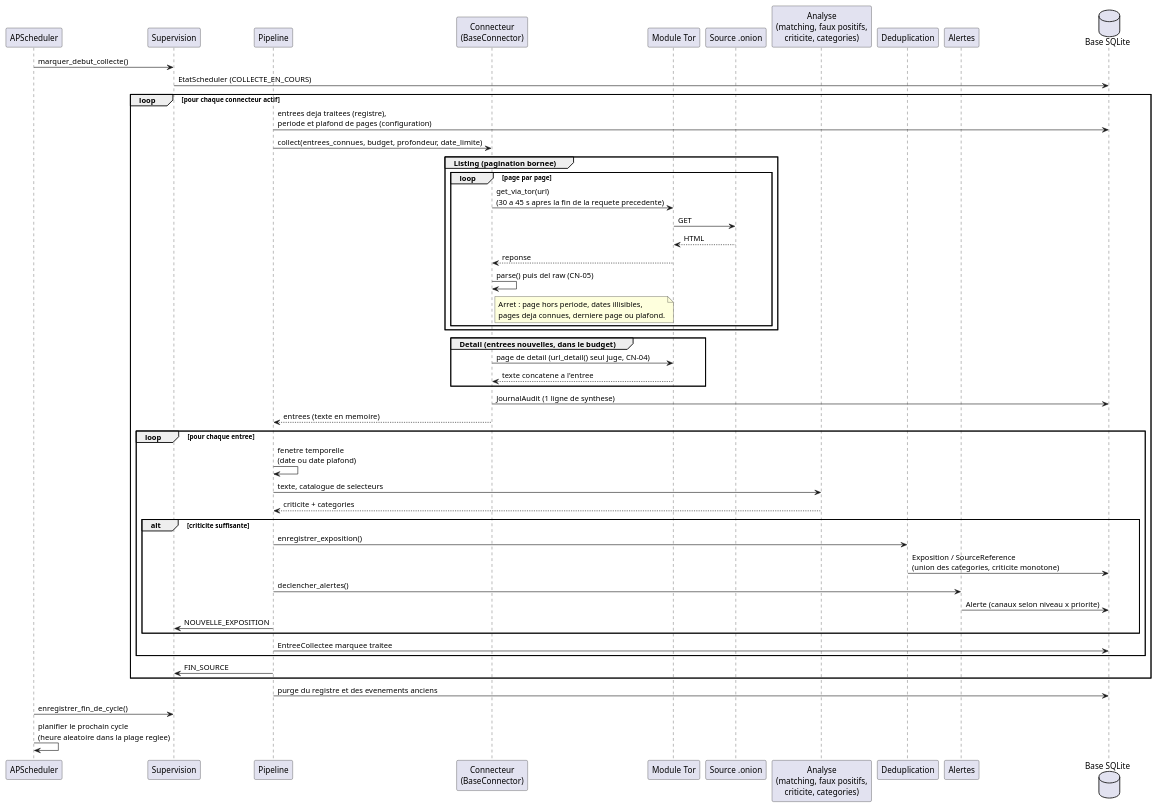
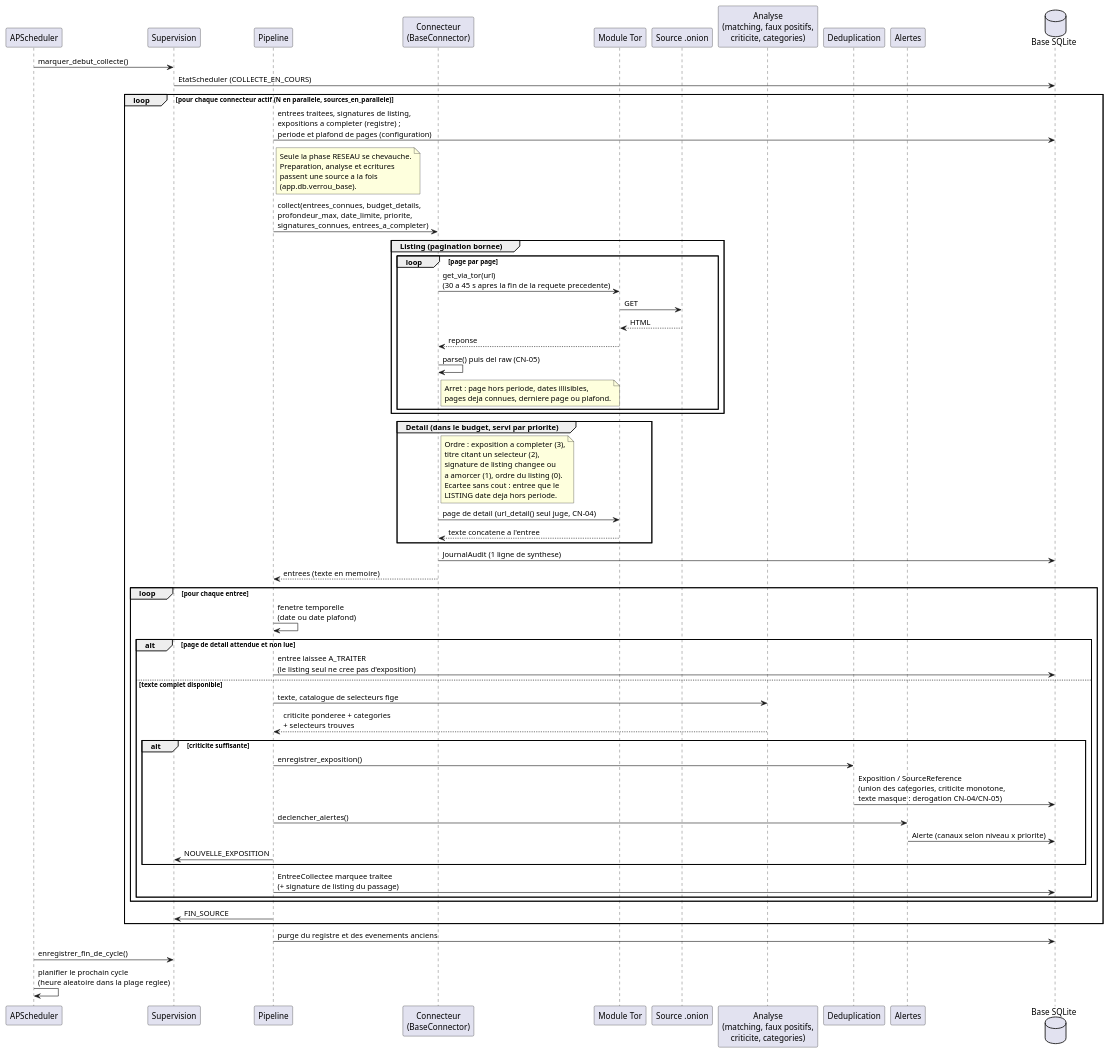
The diagram in docs/uml/sequence_collecte.puml (vnyay1/dark-web-monitoring), drawn with PlantUML before and after one commit. The commit also changed 3 other files, not shown here.

Commit message:
feat(docs): update UML diagrams and README for enhanced clarity on data collection and processing

```diff
--- a/docs/uml/sequence_collecte.puml
+++ b/docs/uml/sequence_collecte.puml
@@ -1,65 +1,83 @@
 @startuml Sequence_Collecte
 
 ' Un cycle de collecte quotidien (app/scheduler.py -> app/pipeline.py).
 
 participant "APScheduler" as Scheduler
 participant "Supervision" as Supervision
 participant "Pipeline" as Pipeline
 participant "Connecteur\n(BaseConnector)" as Connecteur
 participant "Module Tor" as Tor
 participant "Source .onion" as Source
 participant "Analyse\n(matching, faux positifs,\ncriticite, categories)" as Analyse
 participant "Deduplication" as Dedup
 participant "Alertes" as Alertes
 database "Base SQLite" as DB
 
 Scheduler -> Supervision : marquer_debut_collecte()
 Supervision -> DB : EtatScheduler (COLLECTE_EN_COURS)
 
-loop pour chaque connecteur actif
-  Pipeline -> DB : entrees deja traitees (registre),\nperiode et plafond de pages (configuration)
-  Pipeline -> Connecteur : collect(entrees_connues, budget, profondeur, date_limite)
+loop pour chaque connecteur actif (N en parallele, sources_en_parallele)
+  Pipeline -> DB : entrees traitees, signatures de listing,\nexpositions a completer (registre) ;\nperiode et plafond de pages (configuration)
+  note right of Pipeline
+    Seule la phase RESEAU se chevauche.
+    Preparation, analyse et ecritures
+    passent une source a la fois
+    (app.db.verrou_base).
+  end note
+  Pipeline -> Connecteur : collect(entrees_connues, budget_details,\nprofondeur_max, date_limite, priorite,\nsignatures_connues, entrees_a_completer)
 
   group Listing (pagination bornee)
     loop page par page
       Connecteur -> Tor : get_via_tor(url)\n(30 a 45 s apres la fin de la requete precedente)
       Tor -> Source : GET
       Source --> Tor : HTML
       Tor --> Connecteur : reponse
       Connecteur -> Connecteur : parse() puis del raw (CN-05)
       note right of Connecteur
         Arret : page hors periode, dates illisibles,
         pages deja connues, derniere page ou plafond.
       end note
     end
   end
 
-  group Detail (entrees nouvelles, dans le budget)
+  group Detail (dans le budget, servi par priorite)
+    note right of Connecteur
+      Ordre : exposition a completer (3),
+      titre citant un selecteur (2),
+      signature de listing changee ou
+      a amorcer (1), ordre du listing (0).
+      Ecartee sans cout : entree que le
+      LISTING date deja hors periode.
+    end note
     Connecteur -> Tor : page de detail (url_detail() seul juge, CN-04)
     Tor --> Connecteur : texte concatene a l'entree
   end
 
   Connecteur -> DB : JournalAudit (1 ligne de synthese)
   Connecteur --> Pipeline : entrees (texte en memoire)
 
   loop pour chaque entree
     Pipeline -> Pipeline : fenetre temporelle\n(date ou date plafond)
-    Pipeline -> Analyse : texte, catalogue de selecteurs
-    Analyse --> Pipeline : criticite + categories
-    alt criticite suffisante
-      Pipeline -> Dedup : enregistrer_exposition()
-      Dedup -> DB : Exposition / SourceReference\n(union des categories, criticite monotone)
-      Pipeline -> Alertes : declencher_alertes()
-      Alertes -> DB : Alerte (canaux selon niveau x priorite)
-      Pipeline -> Supervision : NOUVELLE_EXPOSITION
+    alt page de detail attendue et non lue
+      Pipeline -> DB : entree laissee A_TRAITER\n(le listing seul ne cree pas d'exposition)
+    else texte complet disponible
+      Pipeline -> Analyse : texte, catalogue de selecteurs fige
+      Analyse --> Pipeline : criticite ponderee + categories\n+ selecteurs trouves
+      alt criticite suffisante
+        Pipeline -> Dedup : enregistrer_exposition()
+        Dedup -> DB : Exposition / SourceReference\n(union des categories, criticite monotone,\ntexte masque : derogation CN-04/CN-05)
+        Pipeline -> Alertes : declencher_alertes()
+        Alertes -> DB : Alerte (canaux selon niveau x priorite)
+        Pipeline -> Supervision : NOUVELLE_EXPOSITION
+      end
+      Pipeline -> DB : EntreeCollectee marquee traitee\n(+ signature de listing du passage)
     end
-    Pipeline -> DB : EntreeCollectee marquee traitee
   end
   Pipeline -> Supervision : FIN_SOURCE
 end
 
 Pipeline -> DB : purge du registre et des evenements anciens
 Scheduler -> Supervision : enregistrer_fin_de_cycle()
 Scheduler -> Scheduler : planifier le prochain cycle\n(heure aleatoire dans la plage reglee)
 
 @enduml
```
